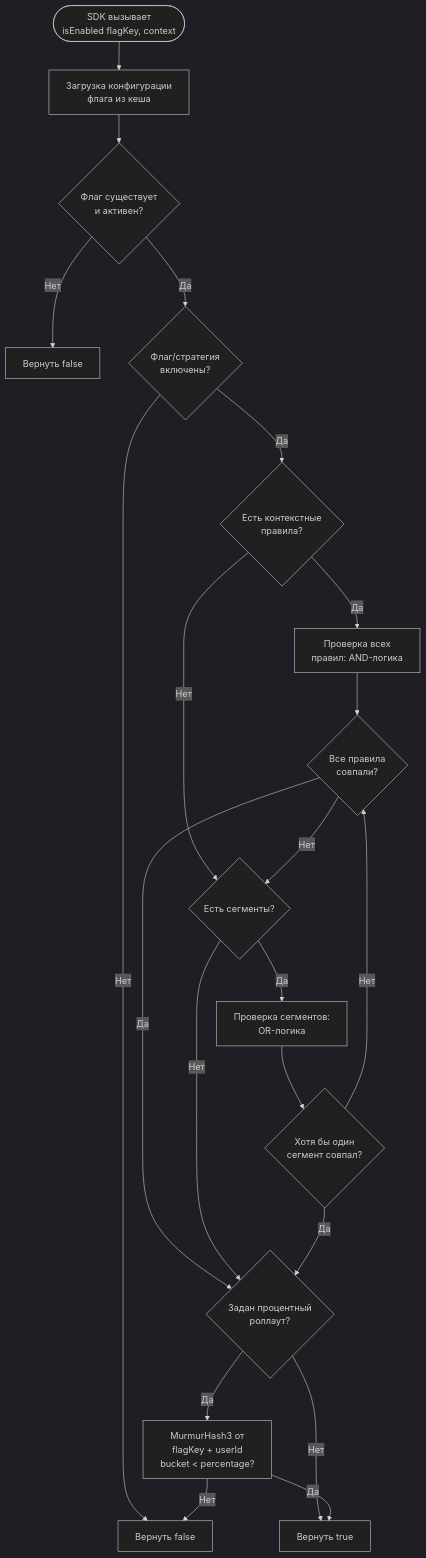
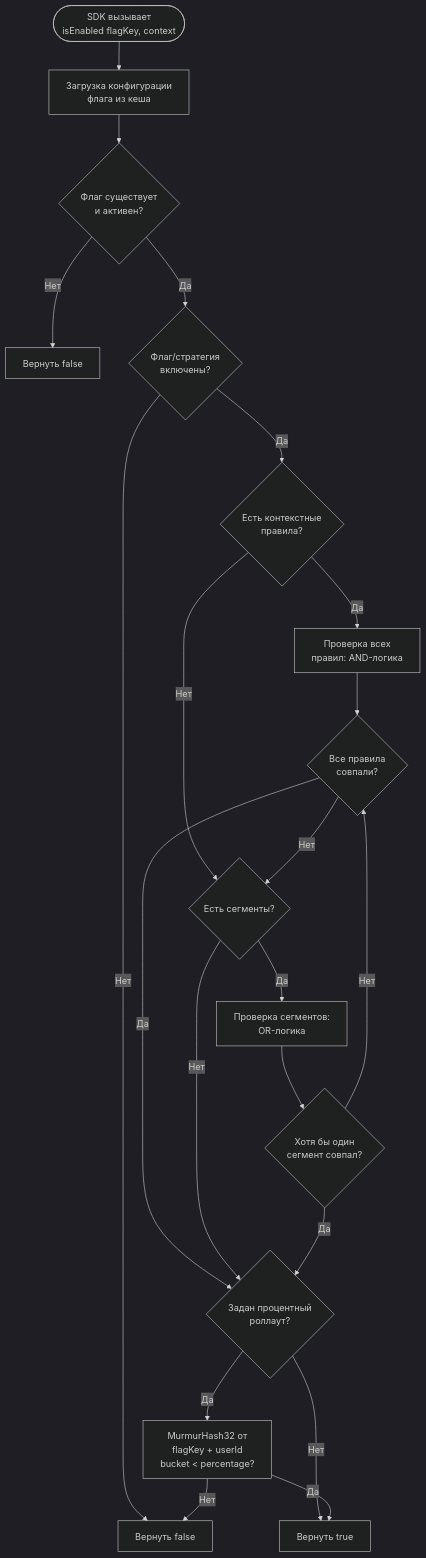
One commit to edgar-dev20/mozhno changed the second of 6 diagrams in docs/advanced/architecture.md. Above: the diagram before and after it, drawn with Mermaid (dark theme). The commit also changed other lines of this file and 22 other files, not shown here.

Commit message:
fix: audit and sync docs with actual API — rest.md rewrite, MurmurHash3→32, config env vars, width +30%

````diff
--- a/docs/advanced/architecture.md
+++ b/docs/advanced/architecture.md
@@ -138,39 +138,39 @@
 ```mermaid
 flowchart TD
     START([SDK вызывает<br/>isEnabled flagKey, context])
     LOAD[Загрузка конфигурации<br/>флага из кеша]
     CHECK_FLAG{Флаг существует<br/>и активен?}
     DEFAULT[Вернуть false]
     CHECK_ENABLED{Флаг/стратегия<br/>включены?}
     HAS_CONSTRAINTS{Есть контекстные<br/>правила?}
     EVAL_CONSTRAINTS[Проверка всех<br/>правил: AND-логика]
     CONSTRAINTS_OK{Все правила<br/>совпали?}
     HAS_SEGMENTS{Есть сегменты?}
     EVAL_SEGMENTS[Проверка сегментов:<br/>OR-логика]
     SEGMENTS_OK{Хотя бы один<br/>сегмент совпал?}
     HAS_PERCENTAGE{Задан процентный<br/>роллаут?}
-    EVAL_PERCENTAGE[MurmurHash3 от<br/>flagKey + userId<br/>bucket < percentage?]
+    EVAL_PERCENTAGE[MurmurHash32 от<br/>flagKey + userId<br/>bucket < percentage?]
     RETURN_TRUE[Вернуть true]
     RETURN_FALSE[Вернуть false]
 
     START --> LOAD
     LOAD --> CHECK_FLAG
     CHECK_FLAG -->|Нет| DEFAULT
     CHECK_FLAG -->|Да| CHECK_ENABLED
     CHECK_ENABLED -->|Нет| RETURN_FALSE
     CHECK_ENABLED -->|Да| HAS_CONSTRAINTS
     HAS_CONSTRAINTS -->|Да| EVAL_CONSTRAINTS
     HAS_CONSTRAINTS -->|Нет| HAS_SEGMENTS
     EVAL_CONSTRAINTS --> CONSTRAINTS_OK
     CONSTRAINTS_OK -->|Да| HAS_PERCENTAGE
     CONSTRAINTS_OK -->|Нет| HAS_SEGMENTS
     HAS_SEGMENTS -->|Да| EVAL_SEGMENTS
     HAS_SEGMENTS -->|Нет| HAS_PERCENTAGE
     EVAL_SEGMENTS --> SEGMENTS_OK
     SEGMENTS_OK -->|Да| HAS_PERCENTAGE
     SEGMENTS_OK -->|Нет| CONSTRAINTS_OK
     HAS_PERCENTAGE -->|Да| EVAL_PERCENTAGE
     HAS_PERCENTAGE -->|Нет| RETURN_TRUE
     EVAL_PERCENTAGE -->|Да| RETURN_TRUE
     EVAL_PERCENTAGE -->|Нет| RETURN_FALSE
 ```
````
